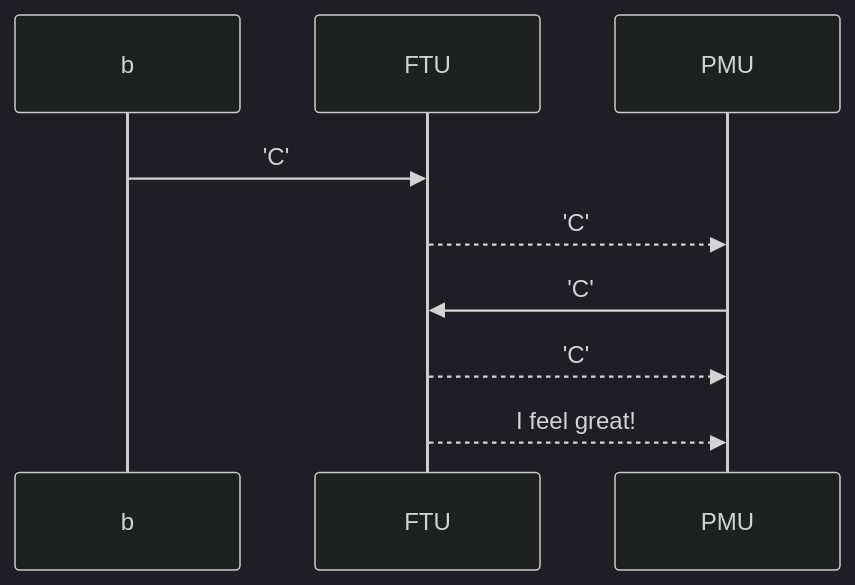
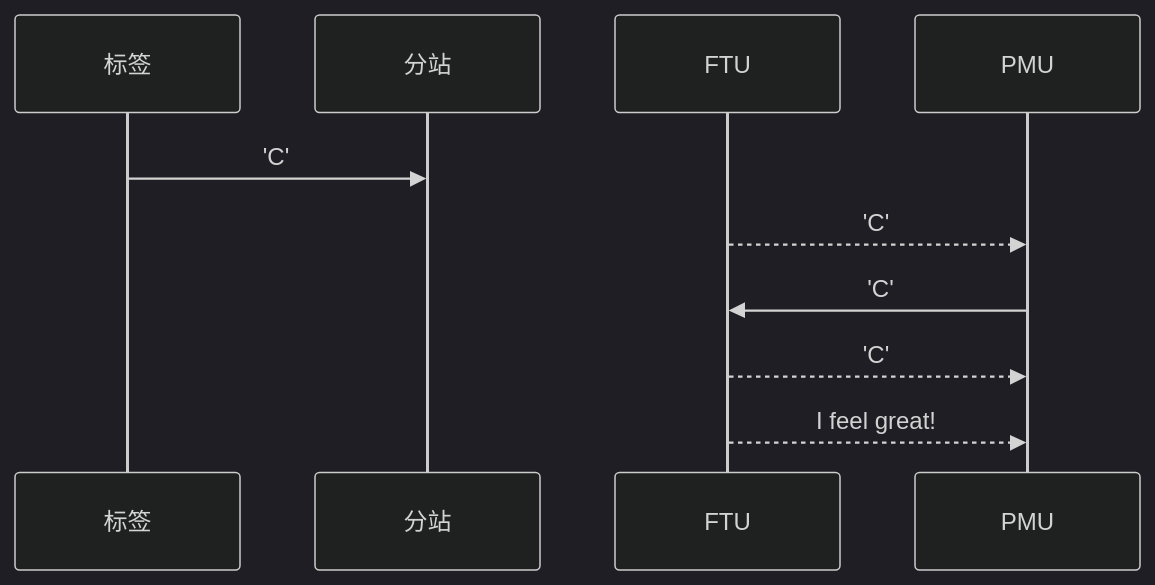
Before and after one commit to geek-zhao/iodraw-files: the diagram in all/未命名.md, drawn with Mermaid (dark theme).

Commit message:
2024-08-17 13:53:00 update

````diff
--- a/all/未命名.md
+++ b/all/未命名.md
@@ -1,9 +1,9 @@
 ```mermaid
 sequenceDiagram
-    b->>FTU: 'C'
+    标签->>分站: 'C'
     FTU-->>PMU: 'C'
     PMU->>FTU: 'C'
     FTU-->>PMU: 'C'
     FTU-->>PMU: I feel great!
             
 ```
````
